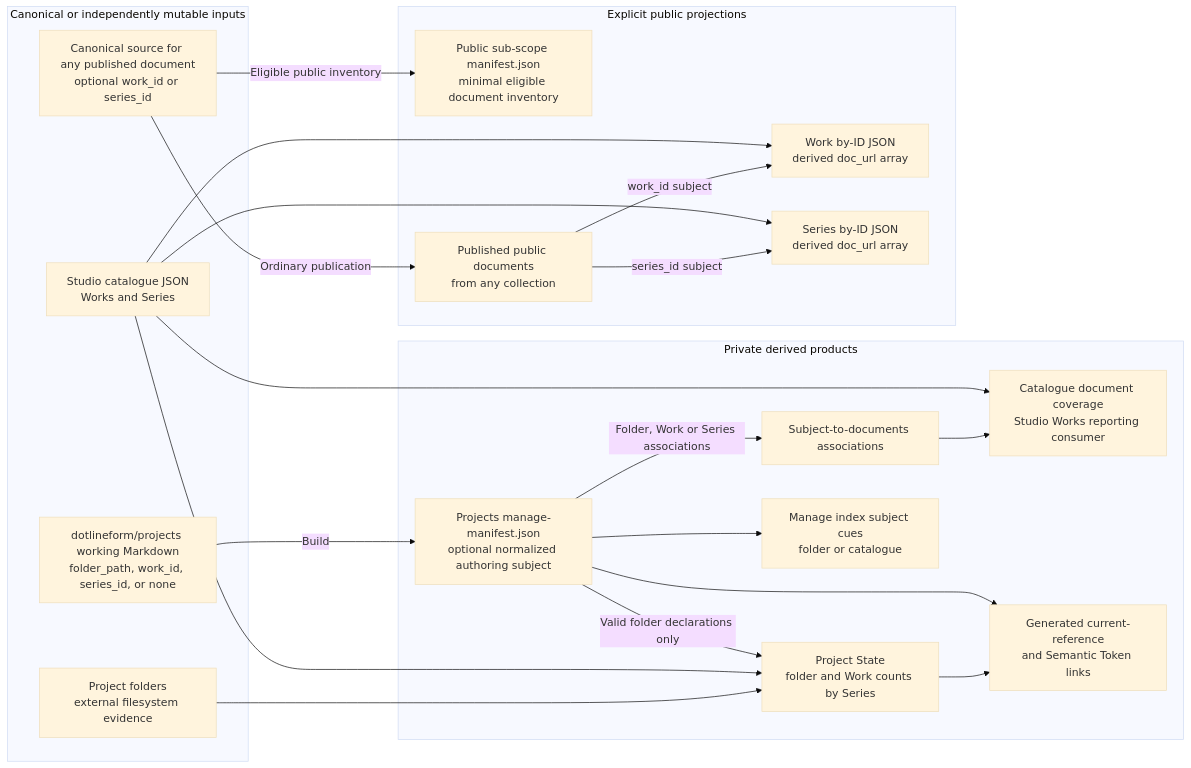
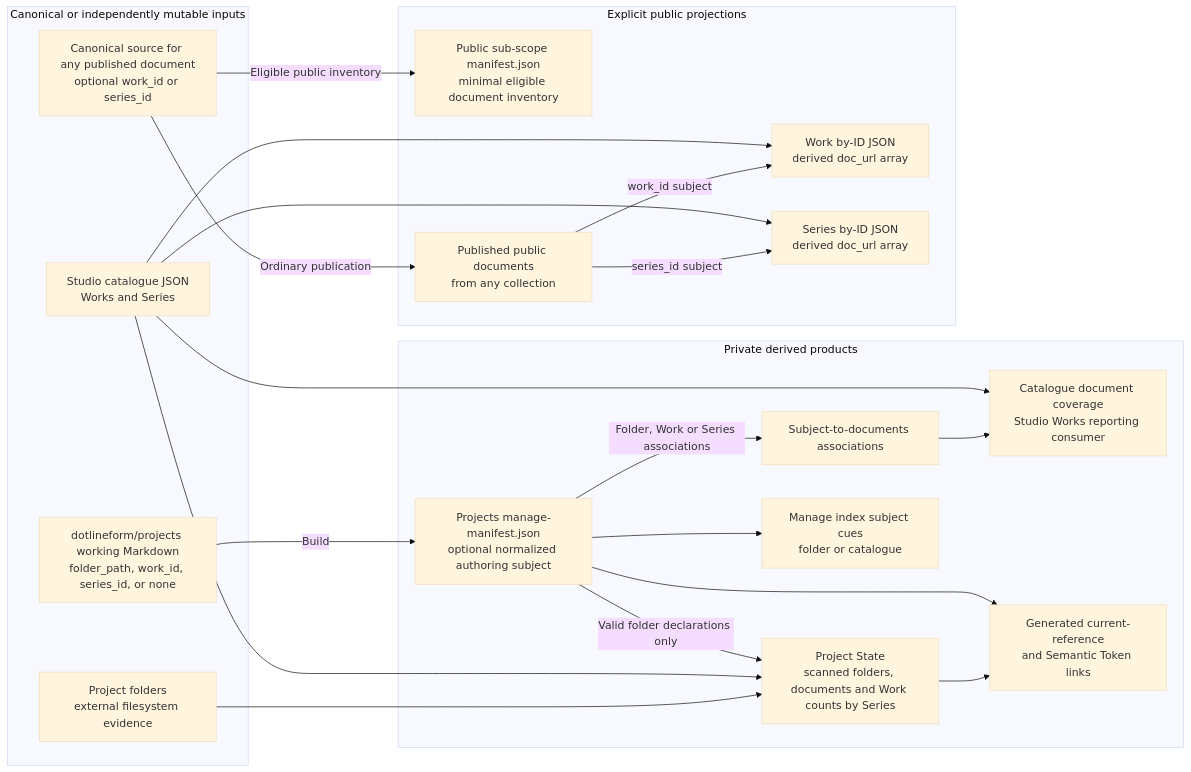
One commit to dotlineform/dotlineform-site changed the first of 2 diagrams in docs-viewer/scopes/studio/source/documents/d-20260802-194358-7717ee.md. Above: the diagram before and after it, drawn with Mermaid (base theme). The commit also changed other lines of this file and 9 other files, not shown here.

````diff
--- a/docs-viewer/scopes/studio/source/documents/d-20260802-194358-7717ee.md
+++ b/docs-viewer/scopes/studio/source/documents/d-20260802-194358-7717ee.md
@@ -21,45 +21,45 @@
 ```mermaid
 flowchart LR
     accTitle: Sub-Scope Publishing ownership and projection map
     accDescr: Canonical document source, canonical Studio JSON, and external folder evidence feed private manifests and focused products; documents published through ordinary configured workflows enter explicit public projections.
 
     subgraph inputs["Canonical or independently mutable inputs"]
         folders["Project folders<br/>external filesystem evidence"]
         projectDocs["dotlineform/projects working Markdown<br/>folder_path, work_id, series_id, or none"]
         publicSourceDocs["Canonical source for any published document<br/>optional work_id or series_id"]
         catalogue["Studio catalogue JSON<br/>Works and Series"]
     end
 
     subgraph private["Private derived products"]
         projectManifest["Projects manage-manifest.json<br/>optional normalized authoring subject"]
         associations["Subject-to-documents associations"]
-        projectState["Project State<br/>folder and Work counts by Series"]
+        projectState["Project State<br/>scanned folders, documents and Work counts by Series"]
         manageCues["Manage index subject cues<br/>folder or catalogue"]
         coverageReport["Catalogue document coverage<br/>Studio Works reporting consumer"]
         resolved["Generated current-reference<br/>and Semantic Token links"]
     end
 
     subgraph public["Explicit public projections"]
         publicManifest["Public sub-scope manifest.json<br/>minimal eligible document inventory"]
         publishedDocs["Published public documents<br/>from any collection"]
         workPayload["Work by-ID JSON<br/>derived doc_url array"]
         seriesPayload["Series by-ID JSON<br/>derived doc_url array"]
     end
 
     projectDocs -->|"Build"| projectManifest
     projectManifest -->|"Folder, Work or Series associations"| associations
     folders --> projectState
     catalogue --> projectState
     projectManifest -->|"Valid folder declarations only"| projectState
     projectState --> resolved
     projectManifest --> manageCues
     projectManifest --> resolved
     associations --> coverageReport
     catalogue --> coverageReport
     publicSourceDocs -->|"Eligible public inventory"| publicManifest
     publicSourceDocs -->|"Ordinary publication"| publishedDocs
     publishedDocs -->|"work_id subject"| workPayload
     publishedDocs -->|"series_id subject"| seriesPayload
     catalogue --> workPayload
     catalogue --> seriesPayload
 ```
````
